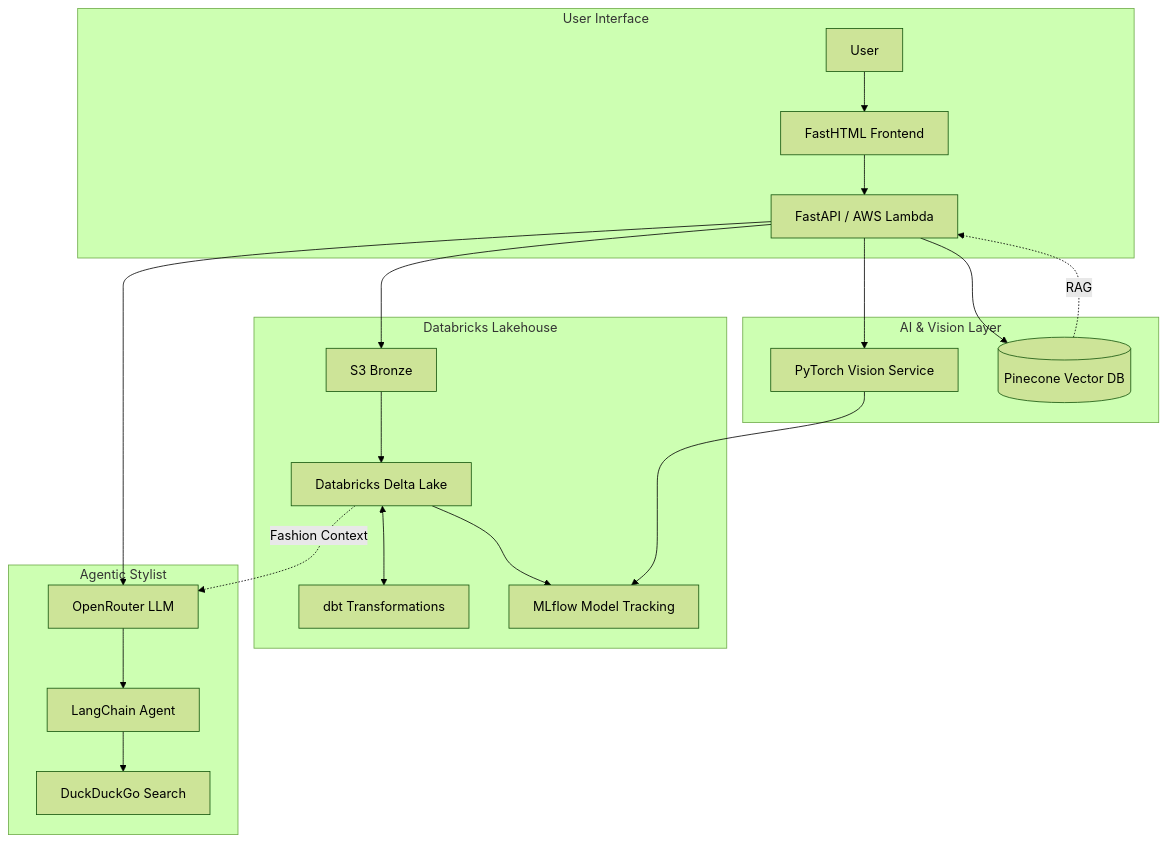
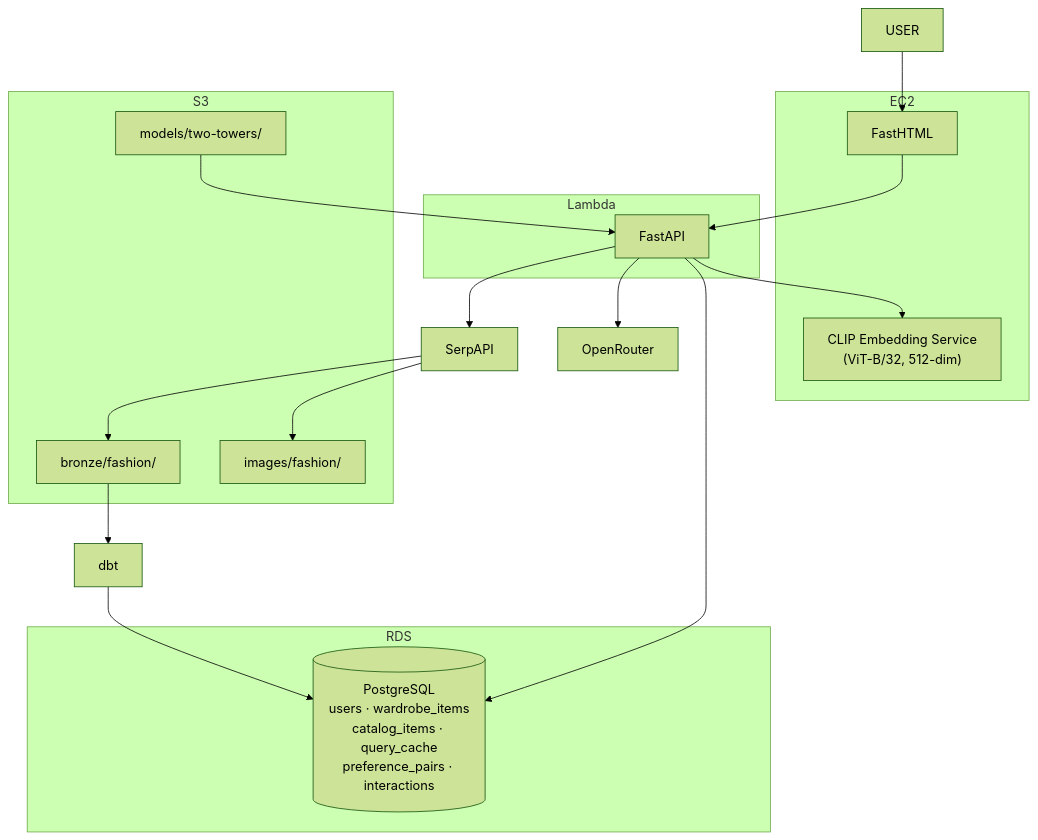
One commit to joongsim/fitted changed the diagram in plan.md. Above: the diagram before and after it, drawn with Mermaid (forest theme). The commit also changed other lines of this file and 1 other file, not shown here.

````diff
--- a/plan.md
+++ b/plan.md
@@ -68,29 +43,32 @@
 ```mermaid
 graph TD
-    subgraph User_Interface [User Interface]
-        USER[User] --> FRONT[FastHTML Frontend]
-        FRONT --> API["FastAPI / AWS Lambda"]
-    end
-    
-    subgraph Data_Lakehouse [Databricks Lakehouse]
-        S3[S3 Bronze] --> DBX[Databricks Delta Lake]
-        DBX <--> DBT[dbt Transformations]
-        DBX --> MLF[MLflow Model Tracking]
-    end
-    
-    subgraph AI_Vision_Layer [AI & Vision Layer]
-        API --> PV[PyTorch Vision Service]
-        PV --> MLF
-        API --> PINE[("Pinecone Vector DB")]
-        PINE -. "RAG" .-> API
-    end
-    
-    subgraph Agentic_Stylist [Agentic Stylist]
-        API --> LLM[OpenRouter LLM]
-        LLM --> LC[LangChain Agent]
-        LC --> DDG[DuckDuckGo Search]
+    subgraph EC2
+        FRONT[FastHTML]
+        EMBS["CLIP Embedding Service\n(ViT-B/32, 512-dim)"]
     end
 
-    API --> S3
-    DBX -. "Fashion Context" .-> LLM
+    subgraph Lambda
+        API[FastAPI]
+    end
+
+    subgraph RDS
+        PG[("PostgreSQL\nusers · wardrobe_items\ncatalog_items · query_cache\npreference_pairs · interactions")]
+    end
+
+    subgraph S3
+        BRONZE["bronze/fashion/"]
+        IMAGES["images/fashion/"]
+        MODELS["models/two-towers/"]
+    end
+
+    USER --> FRONT
+    FRONT --> API
+    API --> EMBS
+    API --> PG
+    API --> LLM[OpenRouter]
+    API --> SERP[SerpAPI]
+    SERP --> IMAGES
+    SERP --> BRONZE
+    BRONZE --> DBT[dbt] --> PG
+    MODELS --> API
 ```
````
